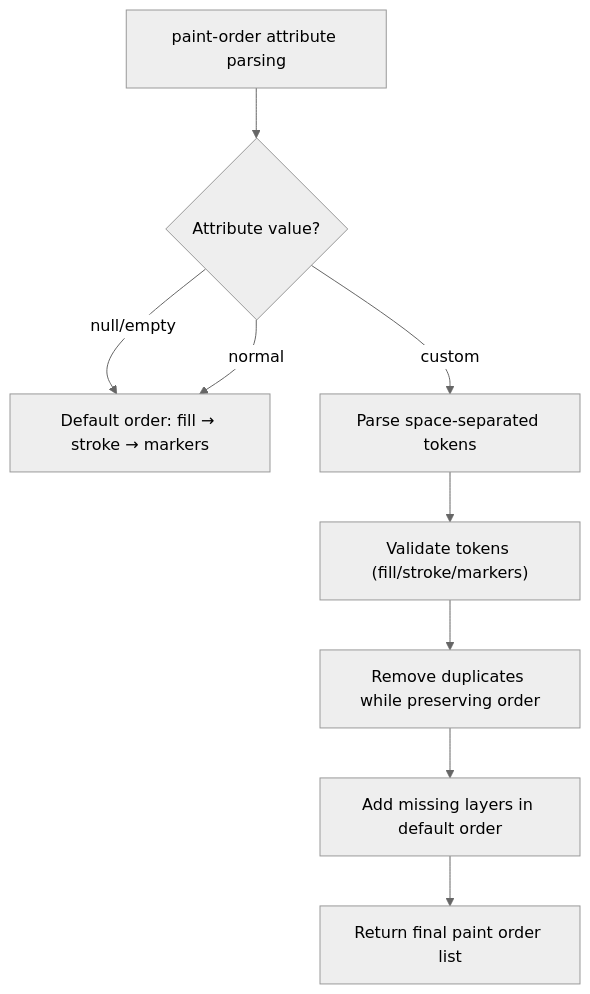
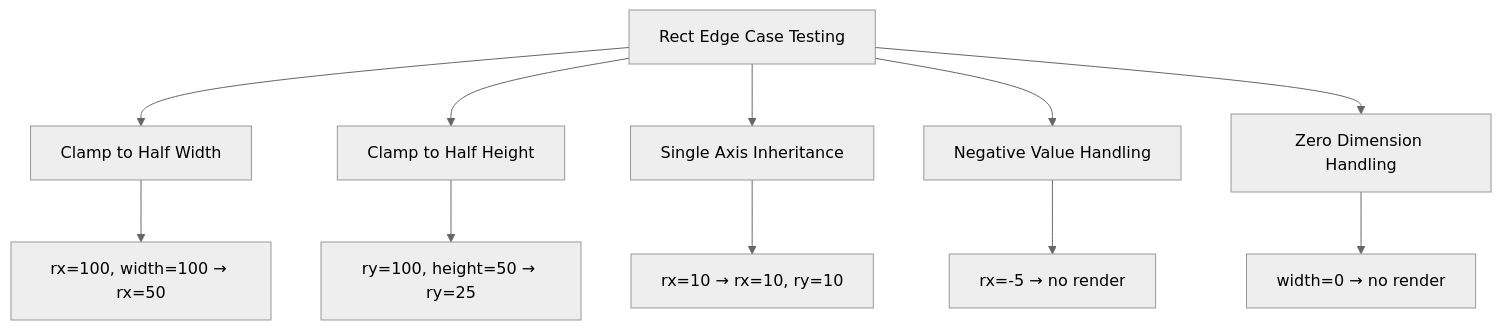
Before and after one commit to denisnadey/flutter_full_svg_support: diagram 13 of 15 in .qoder/repowiki/en/content/Animated SVG Support/Animated SVG Support.md, drawn with Mermaid (neutral theme). The commit also changed other lines of this file and 8 other files, not shown here.

````diff
--- a/.qoder/repowiki/en/content/Animated SVG Support/Animated SVG Support.md
+++ b/.qoder/repowiki/en/content/Animated SVG Support/Animated SVG Support.md
@@ -881,11 +641,13 @@
 ```mermaid
 flowchart TD
-A["paint-order attribute parsing"] --> B{"Attribute value?"}
-B --> |null/empty| C["Default order: fill → stroke → markers"]
-B --> |"normal"| C
-B --> |custom| D["Parse space-separated tokens"]
-D --> E["Validate tokens (fill/stroke/markers)"]
-E --> F["Remove duplicates while preserving order"]
-F --> G["Add missing layers in default order"]
-G --> H["Return final paint order list"]
+A["Rect Edge Case Testing"] --> B["Clamp to Half Width"]
+B --> C["rx=100, width=100 → rx=50"]
+A --> D["Clamp to Half Height"]
+D --> E["ry=100, height=50 → ry=25"]
+A --> F["Single Axis Inheritance"]
+F --> G["rx=10 → rx=10, ry=10"]
+A --> H["Negative Value Handling"]
+H --> I["rx=-5 → no render"]
+A --> J["Zero Dimension Handling"]
+J --> K["width=0 → no render"]
 ```
````
